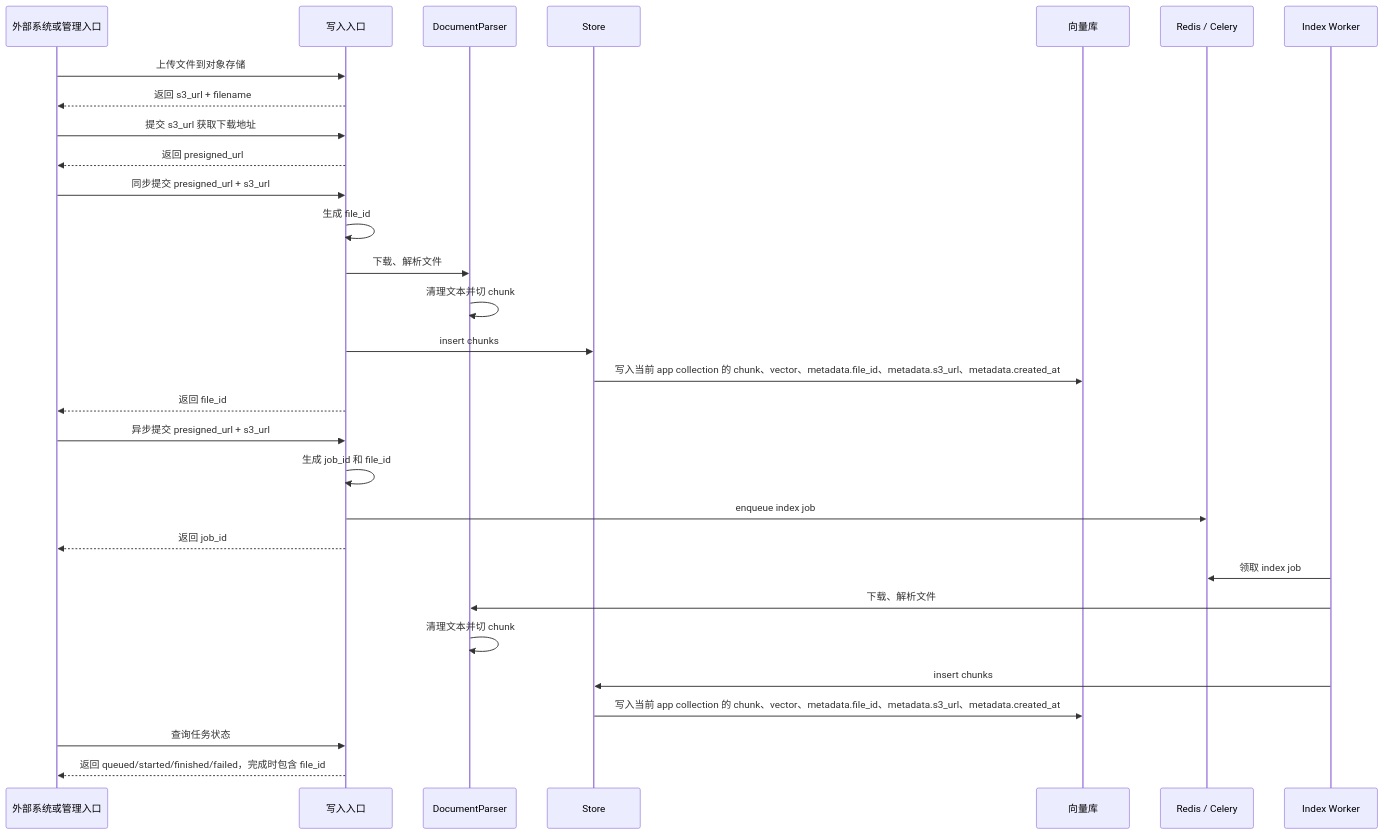
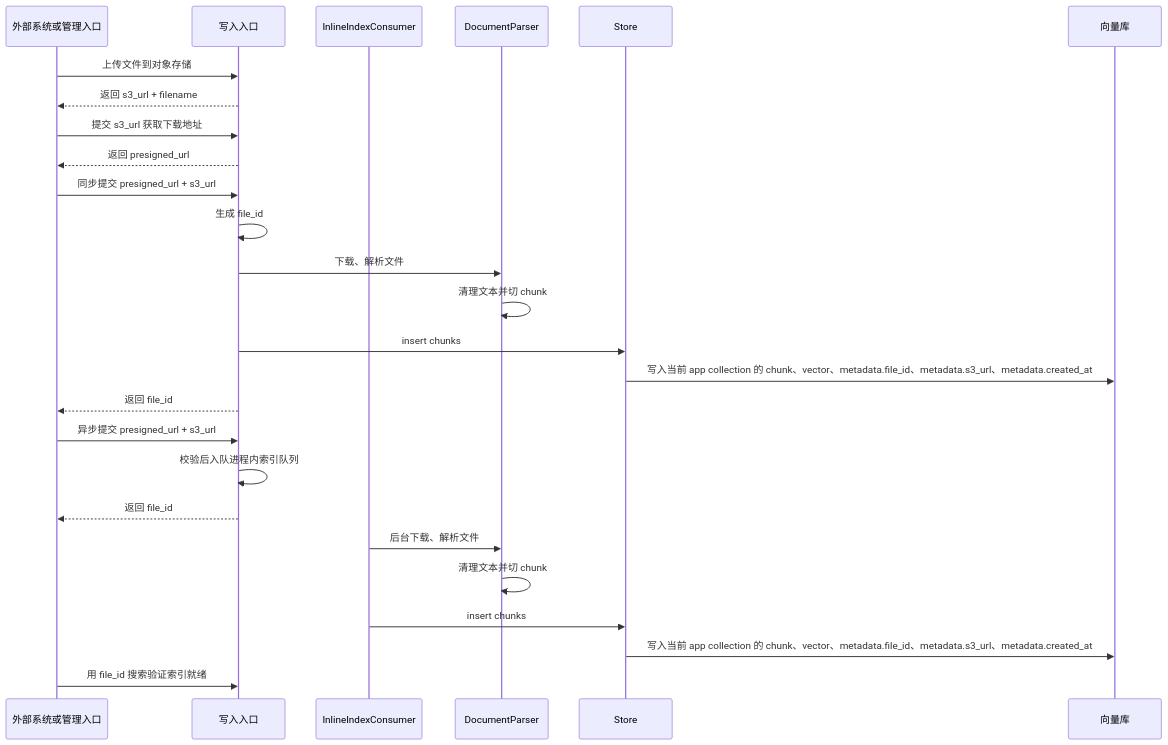
The fourth of 5 diagrams in docs/architecture.md (guobinqiu/new_brain), drawn with Mermaid before and after one commit. The commit also changed other lines of this file and 29 other files, not shown here.

First line of the commit message:
refactor: 进程内索引消费器替代 Celery/Redis 队列（架构C简化版）

````diff
--- a/docs/architecture.md
+++ b/docs/architecture.md
@@ -168,33 +168,29 @@
 ```mermaid
 sequenceDiagram
   participant Client as 外部系统或管理入口
   participant Entry as 写入入口
+  participant Consumer as InlineIndexConsumer
   participant Parser as DocumentParser
   participant Store as Store
   participant DB as 向量库
-  participant Redis as Redis / Celery
-  participant Worker as Index Worker
 
   Client->>Entry: 上传文件到对象存储
   Entry-->>Client: 返回 s3_url + filename
   Client->>Entry: 提交 s3_url 获取下载地址
   Entry-->>Client: 返回 presigned_url
   Client->>Entry: 同步提交 presigned_url + s3_url
   Entry->>Entry: 生成 file_id
   Entry->>Parser: 下载、解析文件
   Parser->>Parser: 清理文本并切 chunk
   Entry->>Store: insert chunks
   Store->>DB: 写入当前 app collection 的 chunk、vector、metadata.file_id、metadata.s3_url、metadata.created_at
   Entry-->>Client: 返回 file_id
   Client->>Entry: 异步提交 presigned_url + s3_url
-  Entry->>Entry: 生成 job_id 和 file_id
-  Entry->>Redis: enqueue index job
-  Entry-->>Client: 返回 job_id
-  Worker->>Redis: 领取 index job
-  Worker->>Parser: 下载、解析文件
+  Entry->>Entry: 校验后入队进程内索引队列
+  Entry-->>Client: 返回 file_id
+  Consumer->>Parser: 后台下载、解析文件
   Parser->>Parser: 清理文本并切 chunk
-  Worker->>Store: insert chunks
+  Consumer->>Store: insert chunks
   Store->>DB: 写入当前 app collection 的 chunk、vector、metadata.file_id、metadata.s3_url、metadata.created_at
-  Client->>Entry: 查询任务状态
-  Entry-->>Client: 返回 queued/started/finished/failed，完成时包含 file_id
+  Client->>Entry: 用 file_id 搜索验证索引就绪
 ```
````
